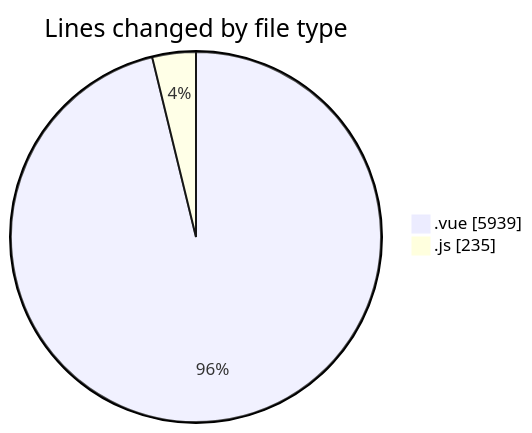
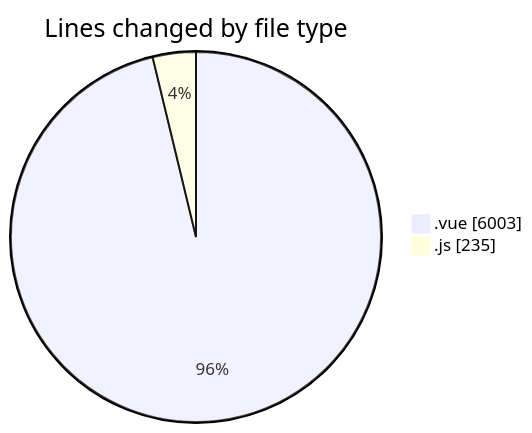
One commit to lephambinh05/code-tracking changed the first of 2 diagrams in 2025-08-13/rentotp/README.md. Above: the diagram before and after it, drawn with Mermaid. The commit also changed other lines of this file and 1 other file, not shown here.

````diff
--- a/2025-08-13/rentotp/README.md
+++ b/2025-08-13/rentotp/README.md
@@ -30,6 +30,6 @@
 ```mermaid
 pie showData
 title Lines changed by file type
-".vue" : 5939
+".vue" : 6003
 ".js" : 235
 ```
````
